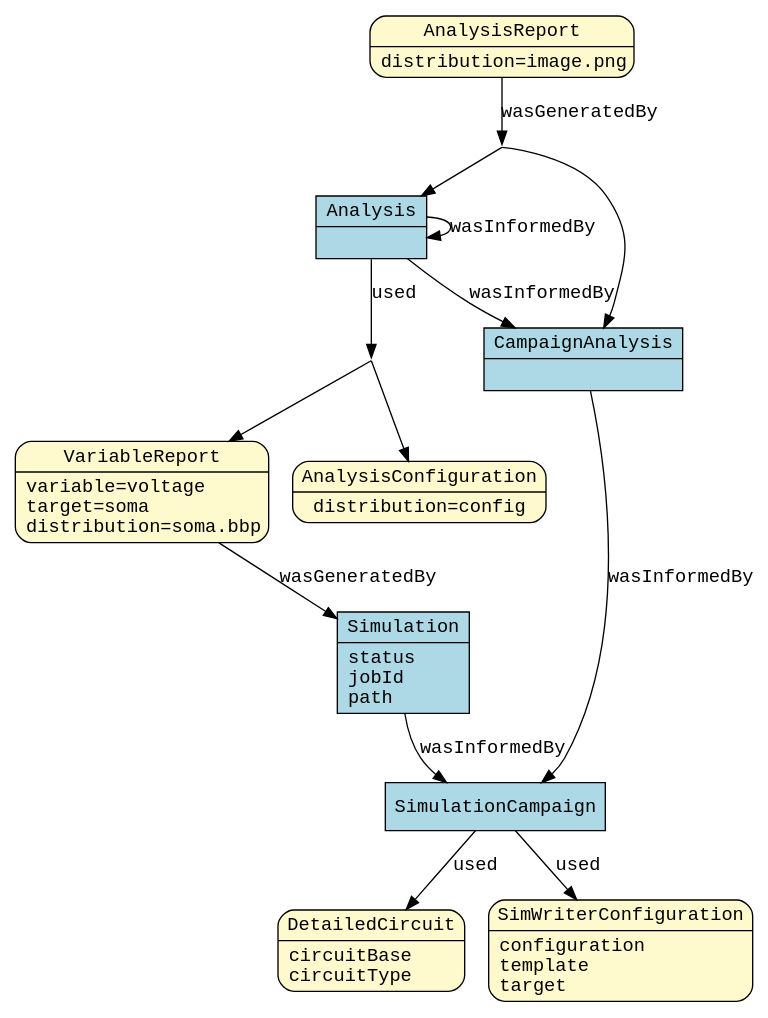
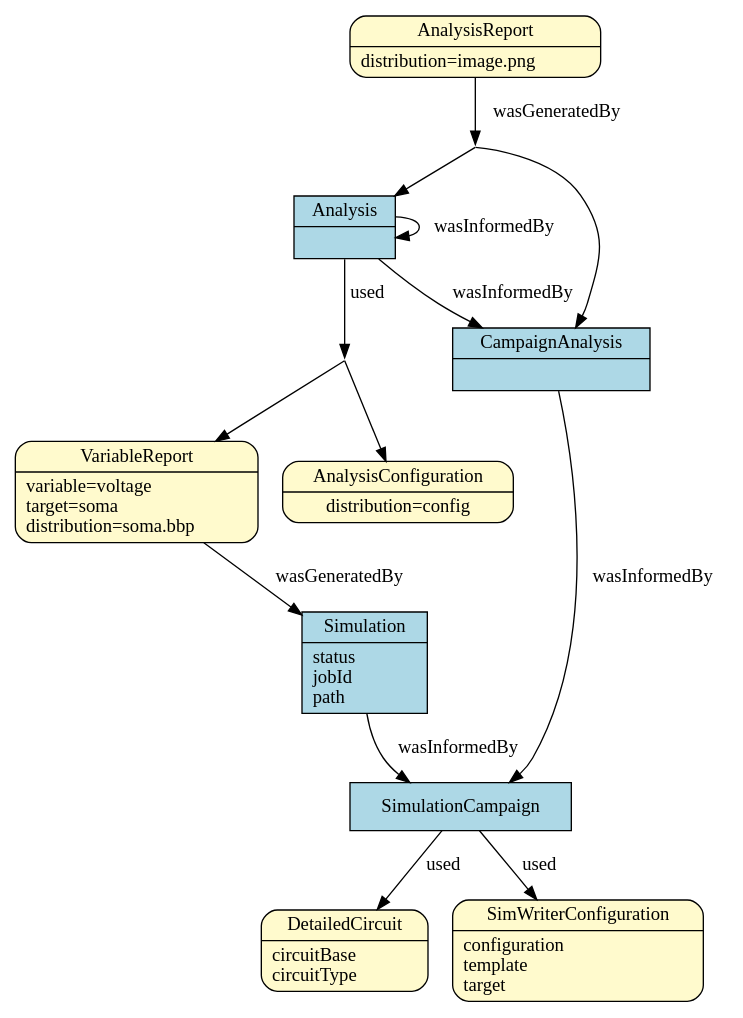
One commit to BlueBrain/entity-management changed the third of 3 diagrams in doc/source/prov_patterns.rst. Above: the diagram before and after it, drawn with Graphviz. The commit also changed other lines of this file and 2 other files, not shown here.

Commit message:
fix doc diagrams

```diff
--- a/doc/source/prov_patterns.rst
+++ b/doc/source/prov_patterns.rst
@@ -70,75 +64,72 @@
 .. graphviz::
 
     digraph SimulationCampaignAnalysis {
-        graph [fontname = "Liberation Mono"];
-        node [fontname = "Liberation Mono"];
-        edge [fontname = "Liberation Mono"];
         VariableReport [
             shape = Mrecord style = filled fillcolor = lemonchiffon
             label = "{VariableReport|variable=voltage\ltarget=soma\ldistribution=soma.bbp\l}"
             href = "../generated/entity_management.simulation.html#entity_management.simulation.VariableReport"
             target = "_top"
         ]
         AnalysisConfiguration [
             shape = Mrecord style = filled fillcolor = lemonchiffon
             label = "{AnalysisConfiguration|distribution=config}"
             href = "../generated/entity_management.simulation.html#entity_management.simulation.AnalysisConfiguration"
             target = "_top"
         ]
         DetailedCircuit [
             shape = Mrecord style = filled fillcolor = lemonchiffon
             label = "{DetailedCircuit|circuitBase\lcircuitType\l}"
             href = "../generated/entity_management.simulation.html#entity_management.simulation.DetailedCircuit"
             target = "_top"
         ]
         Simulation [
             shape = record style = filled fillcolor = lightblue
             label = "{Simulation|status\ljobId\lpath\l}"
             href = "../generated/entity_management.simulation.html#entity_management.simulation.Simulation"
             target = "_top"
         ]
         SimulationCampaign [
             shape = record style = filled fillcolor = lightblue
             href = "../generated/entity_management.simulation.html#entity_management.simulation.SimulationCampaign"
             target = "_top"
         ]
         SimWriterConfiguration [
             shape = Mrecord style = filled fillcolor = lemonchiffon
             label = "{SimWriterConfiguration|configuration\ltemplate\ltarget\l}"
             href = "../generated/entity_management.simulation.html#entity_management.simulation.SimWriterConfiguration"
             target = "_top"
         ]
         Analysis [
             shape = record style = filled fillcolor = lightblue
             label = "{Analysis| \l}"
             href = "../generated/entity_management.simulation.html#entity_management.simulation.Analysis"
             target = "_top"
         ]
         AnalysisReport [
             shape = Mrecord style = filled fillcolor = lemonchiffon
             label = "{AnalysisReport|distribution=image.png\l}"
             href = "../generated/entity_management.simulation.html#entity_management.simulation.AnalysisReport"
             target = "_top"
         ]
         CampaignAnalysis [
             shape = record style = filled fillcolor = lightblue
             label = "{CampaignAnalysis| \l}"
             href = "../generated/entity_management.simulation.html#entity_management.simulation.CampaignAnalysis"
             target = "_top"
         ]
         i1 [ shape=point; width=0 ];
         i2 [ shape=point; width=0 ];
         AnalysisReport -> i1 [label = "wasGeneratedBy"];
         i1 -> Analysis;
         i1 -> CampaignAnalysis;
         VariableReport -> Simulation [label = "wasGeneratedBy"];
         Simulation -> SimulationCampaign [label = "wasInformedBy"];
         SimulationCampaign -> DetailedCircuit [label = "used"];
         SimulationCampaign -> SimWriterConfiguration [label = "used"];
         Analysis -> i2 [label = "used"];
         i2 -> VariableReport;
         i2 -> AnalysisConfiguration;
         Analysis -> Analysis [label = "wasInformedBy"];
         Analysis -> CampaignAnalysis [label = "wasInformedBy"];
         CampaignAnalysis -> SimulationCampaign [label = "wasInformedBy"];
     }
```
